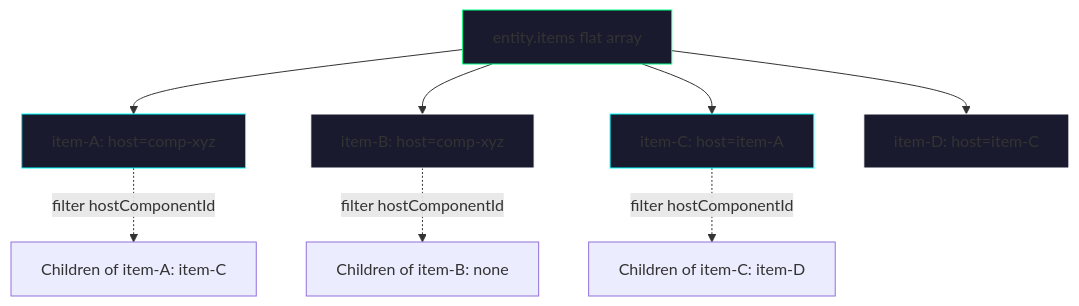
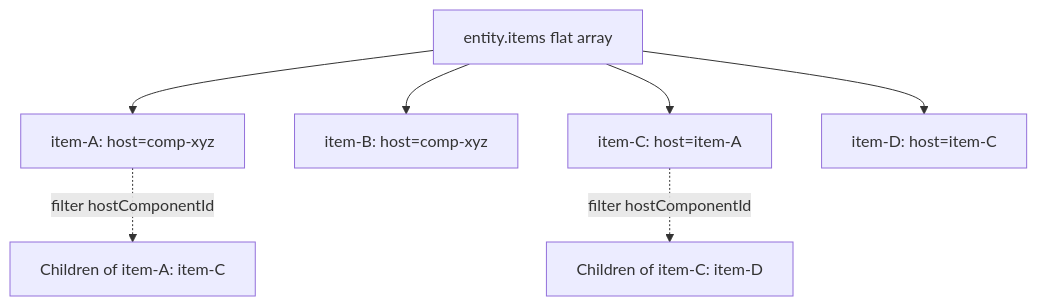
One commit to Rhuan-P-Dev/slopSimulacrum changed the first of 2 diagrams in wiki/nested_inventory_design.md. Above: the diagram before and after it, drawn with Mermaid. The commit also changed other lines of this file and 158 other files, not shown here.

````diff
--- a/wiki/nested_inventory_design.md
+++ b/wiki/nested_inventory_design.md
@@ -1177,17 +61,10 @@
 ```mermaid
 graph TD
     A[entity.items flat array] --> B[item-A: host=comp-xyz]
     A --> C[item-B: host=comp-xyz]
     A --> D[item-C: host=item-A]
     A --> E[item-D: host=item-C]
 
     B -.->|filter hostComponentId| F[Children of item-A: item-C]
-    C -.->|filter hostComponentId| G[Children of item-B: none]
     D -.->|filter hostComponentId| H[Children of item-C: item-D]
-
-    style A fill:#1a1a2e,stroke:#00ff80
-    style B fill:#1a1a2e,stroke:#00ffff
-    style C fill:#1a1a2e,stroke:#ffffff
-    style D fill:#1a1a2e,stroke:#00ffff
-    style E fill:#1a1a2e,stroke:#ffffff
 ```
````
